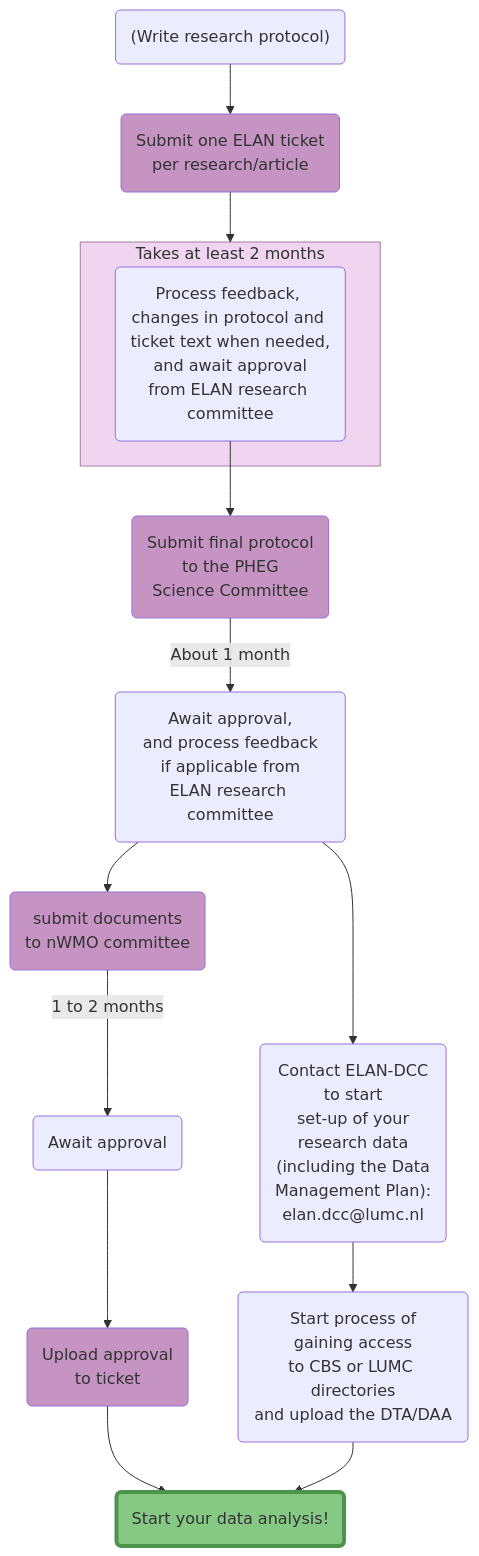
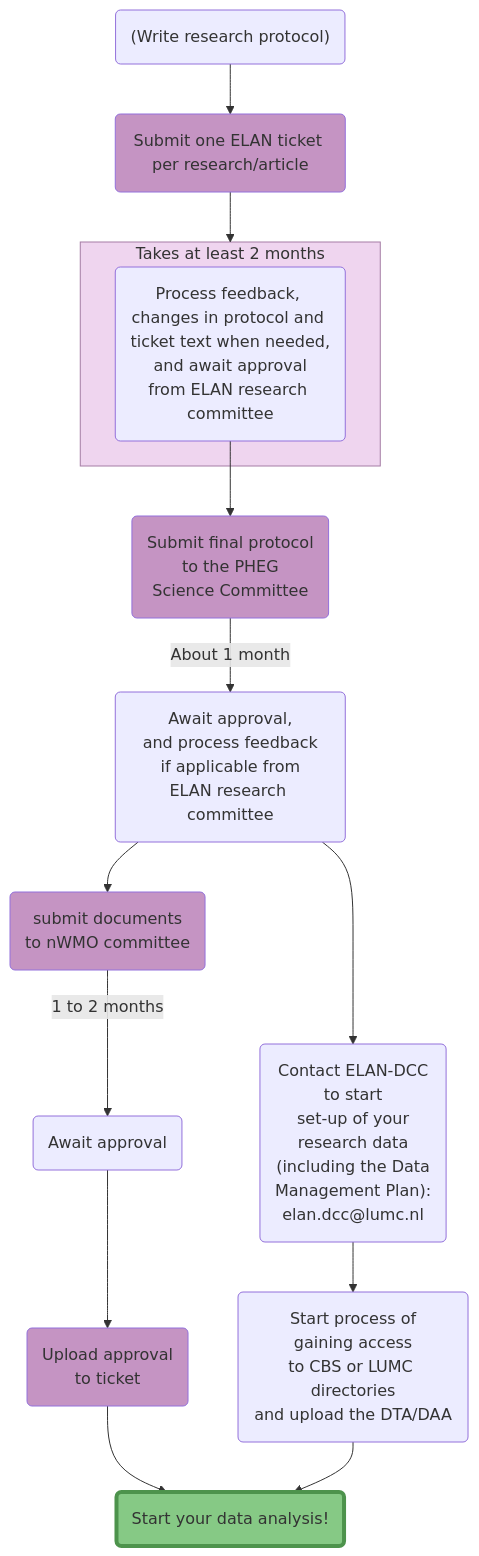
The diagram in charts/flowchart/main.mmd (elan-dcc/elan-dcc.github.io), drawn with Mermaid before and after one commit. The commit also changed 1 other file, not shown here.

Commit message:
update two charts

```diff
--- a/charts/flowchart/main.mmd
+++ b/charts/flowchart/main.mmd
@@ -1,49 +1,49 @@
 flowchart TD
-id1("(Write research protocol)") --> id2(Submit one ELAN ticket\nper research/article)
+id1("(Write research protocol)") --> id2(Submit one ELAN ticket per research/article)
 subgraph ticket [Takes at least 2 months]
     id4
 end
 id4(Process feedback, 
 changes in protocol and 
 ticket text when needed,
 and await approval
 from ELAN research committee) --> id5
 id5(Submit final protocol
 to the PHEG
 Science Committee) -->|About 1 month| id6
 id6(Await approval,
 and process feedback
 if applicable from
 ELAN research committee) --> id7
 id7(submit documents 
 to nWMO committee) -->|1 to 2 months| id9
 id9(Await approval) --> id10
 id10(Upload approval
 to ticket) --> idend(Start your data analysis!)
 id6 --> id8
 id8("Contact ELAN-DCC
 to start 
 set-up of your 
 research data
 (including the Data
 Management Plan):
 elan.dcc@lumc.nl") --> id11(Start process of
 gaining access
 to CBS or LUMC directories
 and upload the DTA/DAA)
 
 id2 --> ticket
 id11 --> idend
 
 
 style idend fill:#86c985,stroke:#4d934c,stroke-width:4px
 style id2 fill:#c594c3
 style id5 fill:#c594c3
 style id7 fill:#c594c3
 style id10 fill:#c594c3
 
 style ticket fill:#efd5ef, stroke:#a57ca5
 
 click id2 "https://elanresearch.nl" "ELAN research" _blank
 click id5 "https://elan-dcc.github.io/researchers/sciencecommittee" "Science committee"
 click id7 "https://www.metc-ldd.nl/toetsingsprocedures/niet-wmo-en-niet-mdr" "nWMO committee" _blank
```
